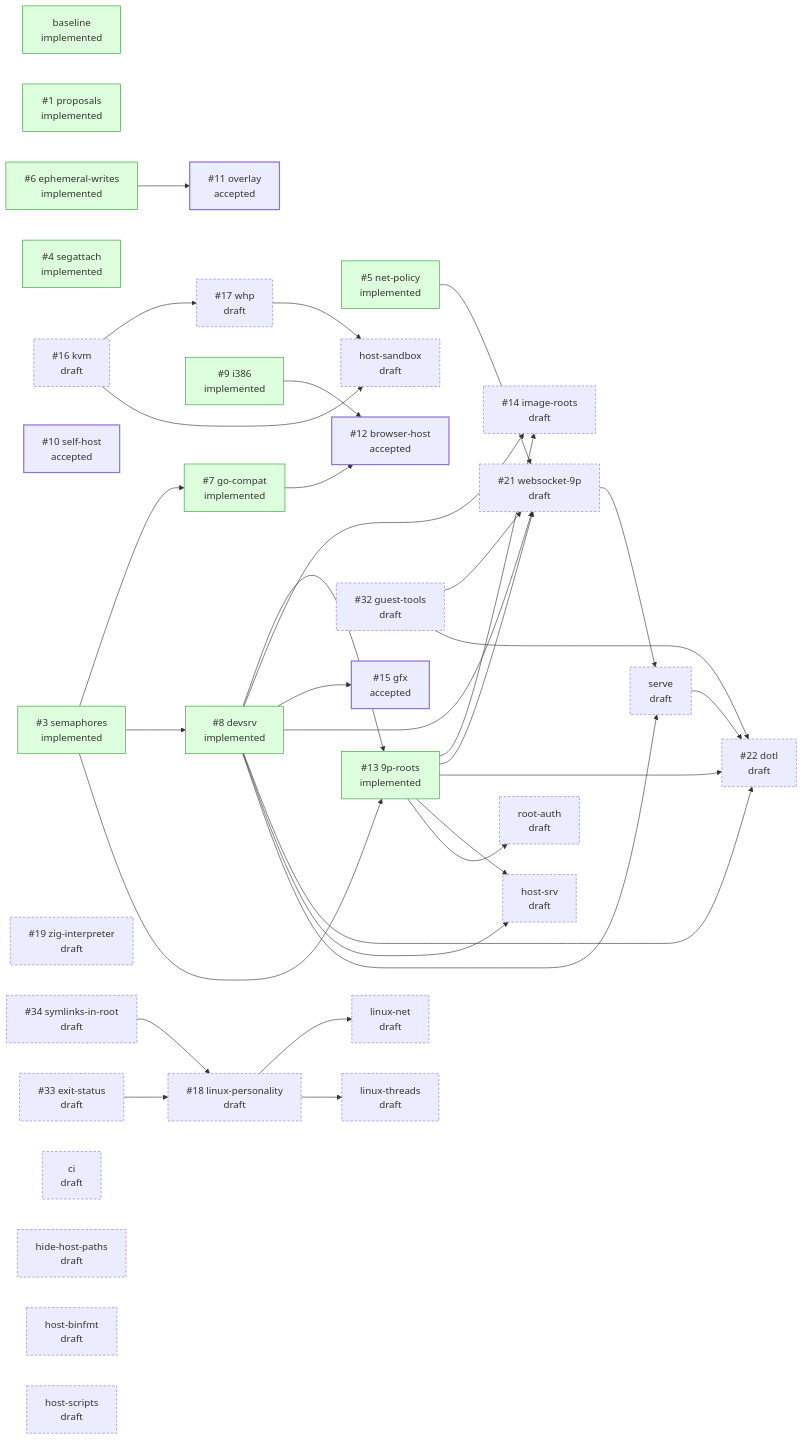
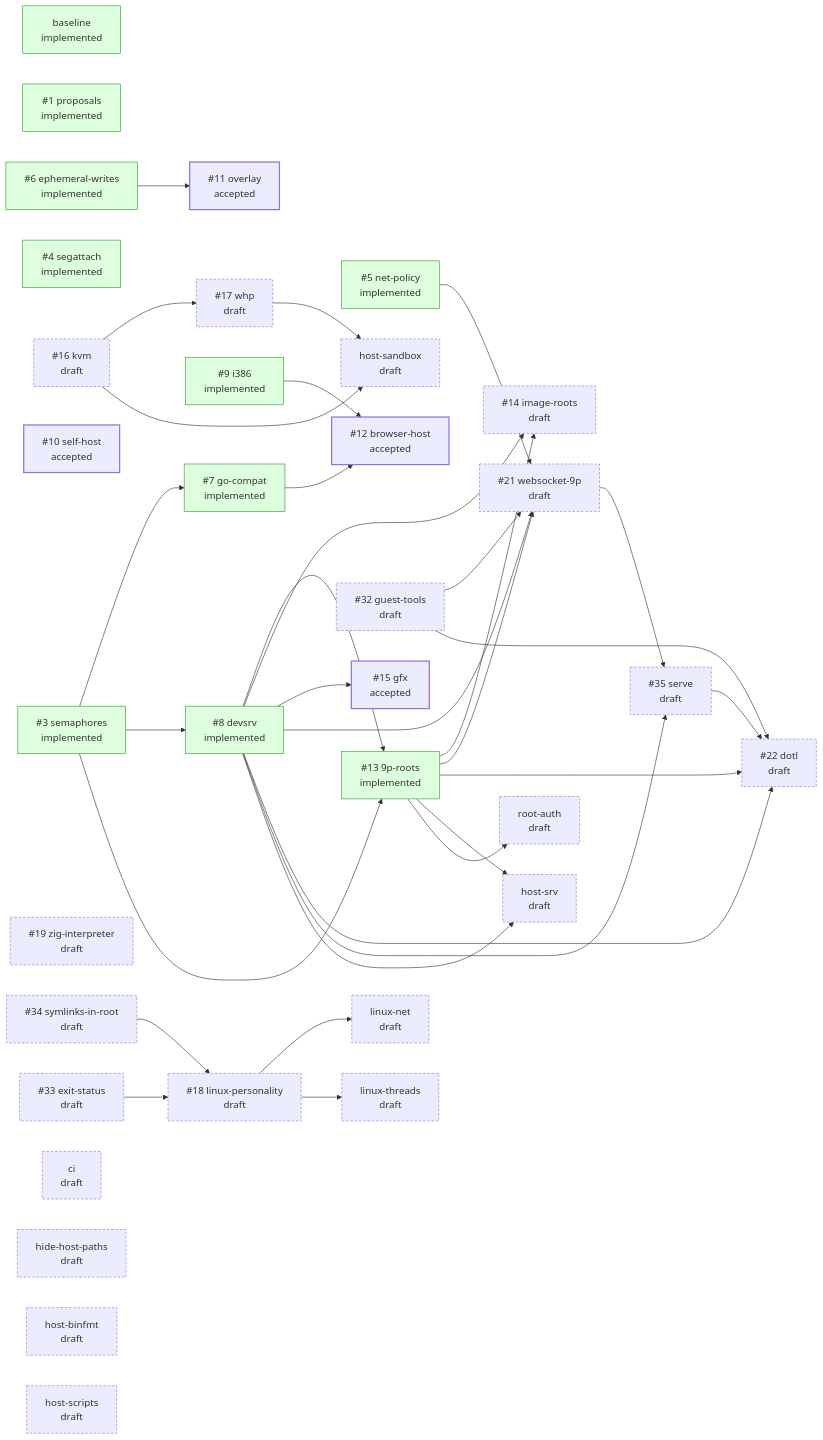
One commit to progrium/hyper9 changed the diagram in README.md. Above: the diagram before and after it, drawn with Mermaid. The commit also changed other lines of this file and 3 other files, not shown here.

````diff
--- a/README.md
+++ b/README.md
@@ -51,71 +51,71 @@
 ```mermaid
 flowchart LR
   classDef draft stroke-dasharray: 4 3
   classDef accepted stroke-width: 2px
   classDef implemented fill:#dfd,stroke:#393
   classDef closed fill:#eee,stroke:#999,color:#777
   p_baseline["baseline<br/>implemented"]:::implemented
   p_proposals["#35;1 proposals<br/>implemented"]:::implemented
   p_semaphores["#35;3 semaphores<br/>implemented"]:::implemented
   p_segattach["#35;4 segattach<br/>implemented"]:::implemented
   p_net_policy["#35;5 net-policy<br/>implemented"]:::implemented
   p_ephemeral_writes["#35;6 ephemeral-writes<br/>implemented"]:::implemented
   p_go_compat["#35;7 go-compat<br/>implemented"]:::implemented
   p_devsrv["#35;8 devsrv<br/>implemented"]:::implemented
   p_i386["#35;9 i386<br/>implemented"]:::implemented
   p_self_host["#35;10 self-host<br/>accepted"]:::accepted
   p_overlay["#35;11 overlay<br/>accepted"]:::accepted
   p_browser_host["#35;12 browser-host<br/>accepted"]:::accepted
   p_9p_roots["#35;13 9p-roots<br/>implemented"]:::implemented
   p_image_roots["#35;14 image-roots<br/>draft"]:::draft
   p_gfx["#35;15 gfx<br/>accepted"]:::accepted
   p_kvm["#35;16 kvm<br/>draft"]:::draft
   p_whp["#35;17 whp<br/>draft"]:::draft
   p_linux_personality["#35;18 linux-personality<br/>draft"]:::draft
   p_zig_interpreter["#35;19 zig-interpreter<br/>draft"]:::draft
   p_websocket_9p["#35;21 websocket-9p<br/>draft"]:::draft
   p_dotl["#35;22 dotl<br/>draft"]:::draft
   p_guest_tools["#35;32 guest-tools<br/>draft"]:::draft
   p_exit_status["#35;33 exit-status<br/>draft"]:::draft
   p_symlinks_in_root["#35;34 symlinks-in-root<br/>draft"]:::draft
+  p_serve["#35;35 serve<br/>draft"]:::draft
   p_ci["ci<br/>draft"]:::draft
   p_hide_host_paths["hide-host-paths<br/>draft"]:::draft
   p_host_binfmt["host-binfmt<br/>draft"]:::draft
   p_host_sandbox["host-sandbox<br/>draft"]:::draft
   p_host_scripts["host-scripts<br/>draft"]:::draft
   p_host_srv["host-srv<br/>draft"]:::draft
   p_linux_net["linux-net<br/>draft"]:::draft
   p_linux_threads["linux-threads<br/>draft"]:::draft
   p_root_auth["root-auth<br/>draft"]:::draft
-  p_serve["serve<br/>draft"]:::draft
   p_semaphores --> p_go_compat
   p_semaphores --> p_devsrv
   p_ephemeral_writes --> p_overlay
   p_go_compat --> p_browser_host
   p_i386 --> p_browser_host
   p_semaphores --> p_9p_roots
   p_devsrv --> p_9p_roots
   p_devsrv --> p_image_roots
   p_9p_roots --> p_image_roots
   p_devsrv --> p_gfx
   p_kvm --> p_whp
   p_symlinks_in_root --> p_linux_personality
   p_exit_status --> p_linux_personality
   p_net_policy --> p_websocket_9p
   p_devsrv --> p_websocket_9p
   p_9p_roots --> p_websocket_9p
   p_guest_tools --> p_websocket_9p
   p_devsrv --> p_dotl
   p_9p_roots --> p_dotl
   p_serve --> p_dotl
   p_guest_tools --> p_dotl
+  p_devsrv --> p_serve
+  p_websocket_9p --> p_serve
   p_kvm --> p_host_sandbox
   p_whp --> p_host_sandbox
   p_devsrv --> p_host_srv
   p_9p_roots --> p_host_srv
   p_linux_personality --> p_linux_net
   p_linux_personality --> p_linux_threads
   p_9p_roots --> p_root_auth
-  p_devsrv --> p_serve
-  p_websocket_9p --> p_serve
 ```
````
